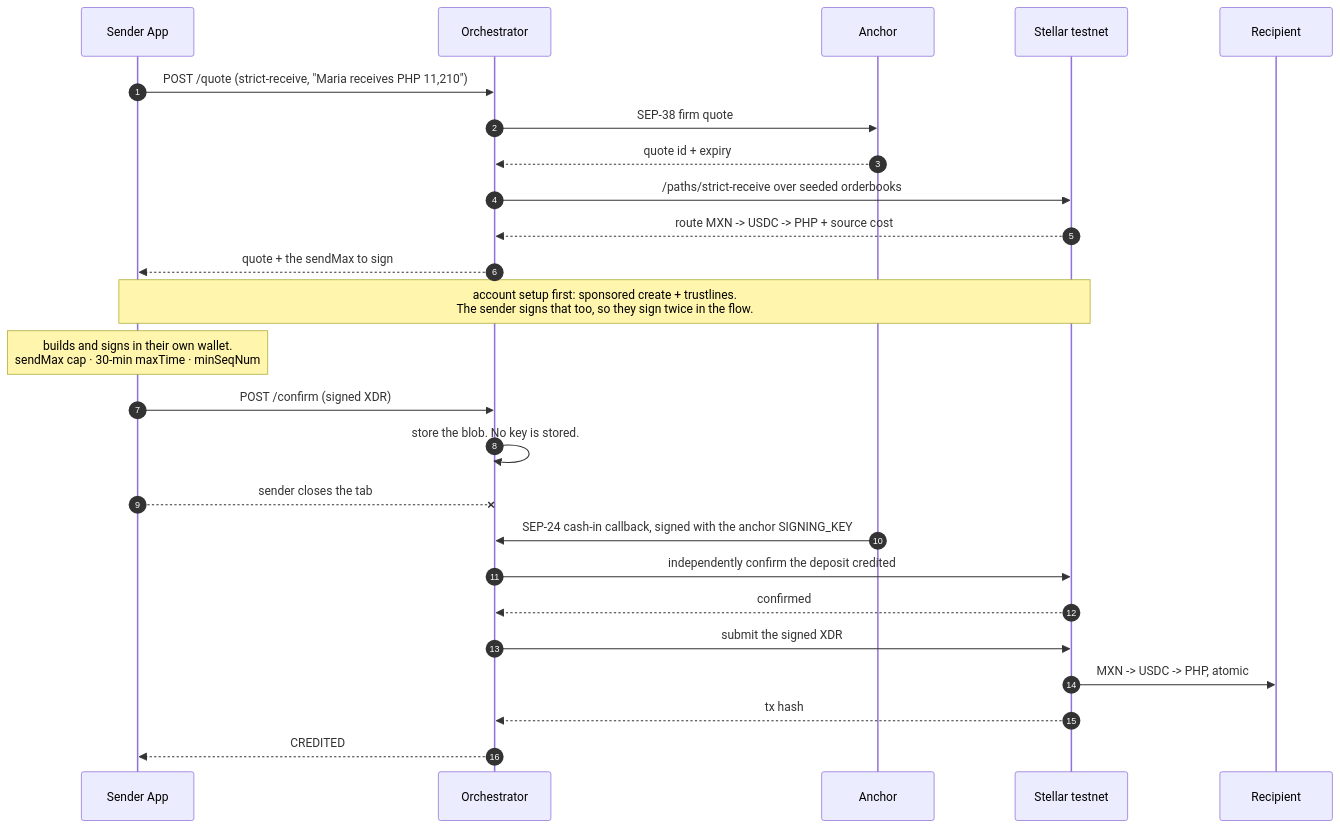
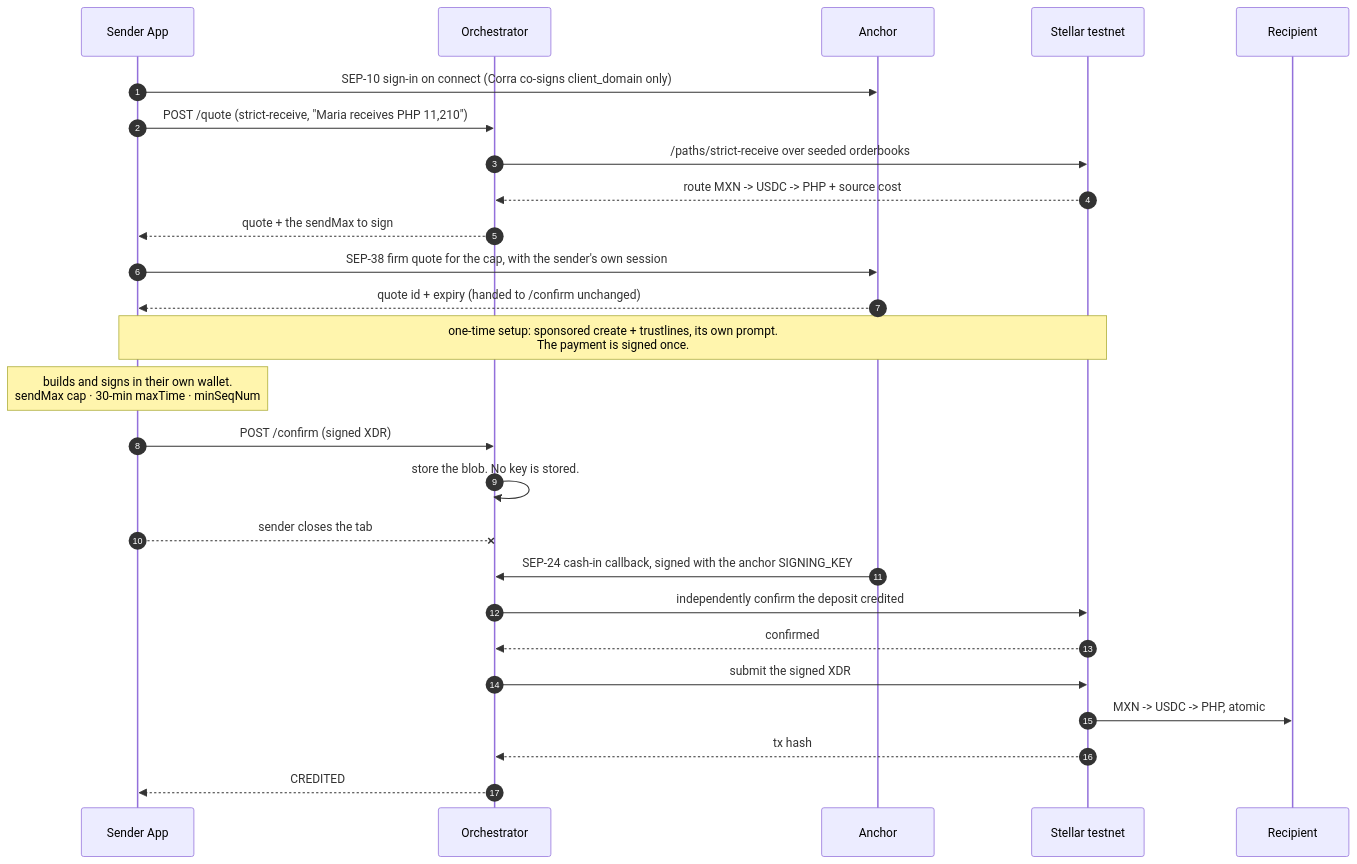
The third of 3 diagrams in docs/architecture.md (yigitcangokmen/corramoney), drawn with Mermaid before and after one commit. The commit also changed other lines of this file and 9 other files, not shown here.

````diff
--- a/docs/architecture.md
+++ b/docs/architecture.md
@@ -206,32 +211,33 @@
 ```mermaid
 sequenceDiagram
     autonumber
     participant S as Sender App
     participant O as Orchestrator
     participant A as Anchor
     participant X as Stellar testnet
     participant R as Recipient
 
+    S->>A: SEP-10 sign-in on connect (Corra co-signs client_domain only)
     S->>O: POST /quote (strict-receive, "Maria receives PHP 11,210")
-    O->>A: SEP-38 firm quote
-    A-->>O: quote id + expiry
     O->>X: /paths/strict-receive over seeded orderbooks
     X-->>O: route MXN -> USDC -> PHP + source cost
     O-->>S: quote + the sendMax to sign
+    S->>A: SEP-38 firm quote for the cap, with the sender's own session
+    A-->>S: quote id + expiry (handed to /confirm unchanged)
 
-    Note over S,X: account setup first: sponsored create + trustlines.<br/>The sender signs that too, so they sign twice in the flow.
+    Note over S,X: one-time setup: sponsored create + trustlines, its own prompt.<br/>The payment is signed once.
 
     Note over S: builds and signs in their own wallet.<br/>sendMax cap · 30-min maxTime · minSeqNum
     S->>O: POST /confirm (signed XDR)
     O->>O: store the blob. No key is stored.
 
     S--xO: sender closes the tab
 
     A->>O: SEP-24 cash-in callback, signed with the anchor SIGNING_KEY
     O->>X: independently confirm the deposit credited
     X-->>O: confirmed
     O->>X: submit the signed XDR
     X->>R: MXN -> USDC -> PHP, atomic
     X-->>O: tx hash
     O-->>S: CREDITED
 ```
````
